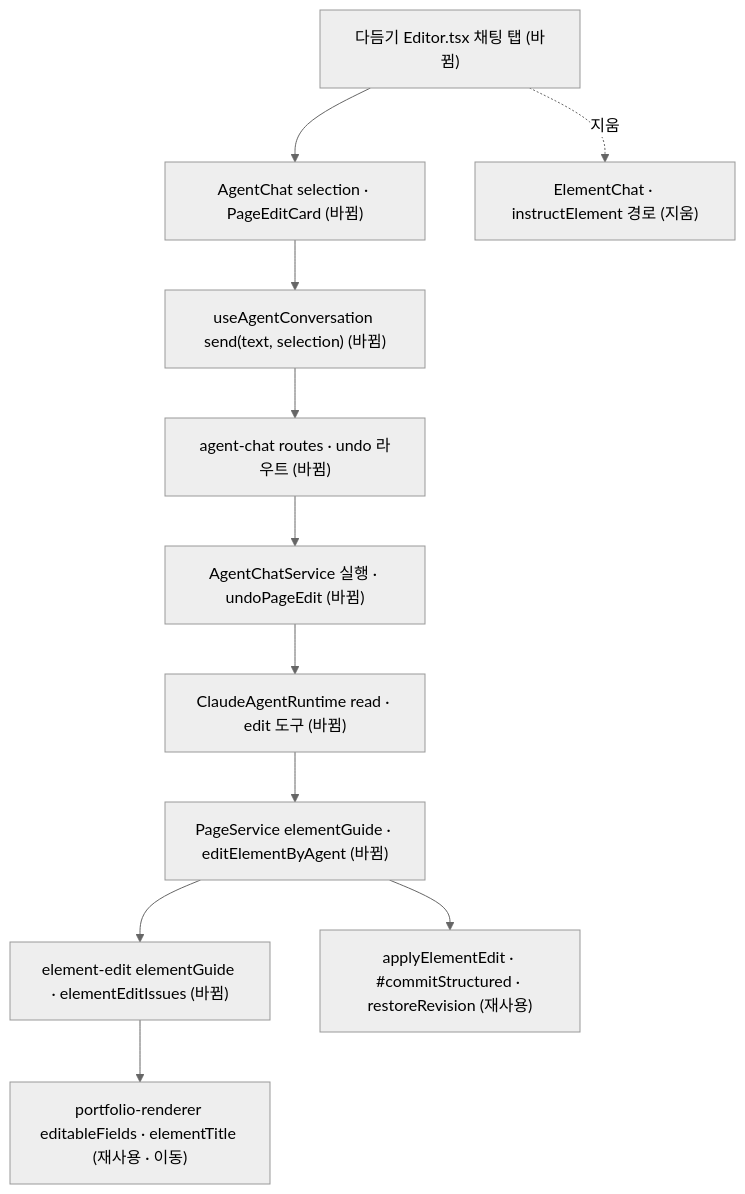
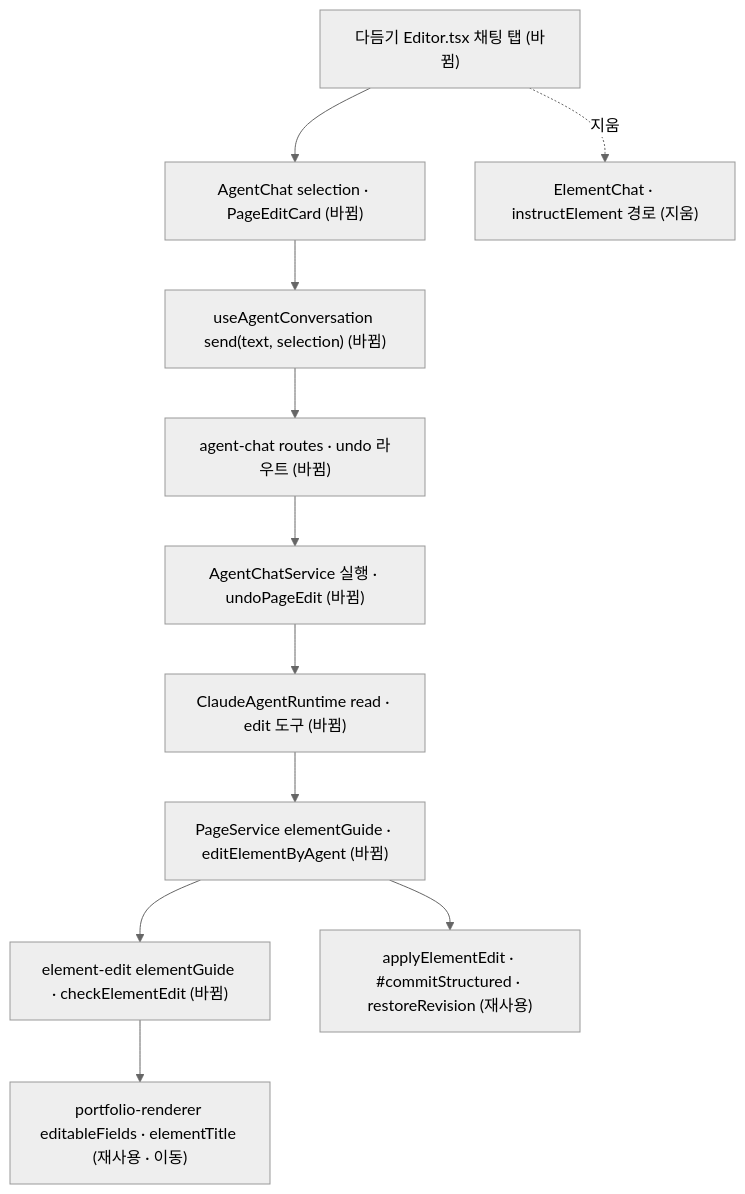
The diagram in .intent/spec_refine-agent-chat.md (Expresso-Organization/expresso), drawn with Mermaid (neutral theme) before and after one commit. The commit also changed other lines of this file and 36 other files, not shown here.

````diff
--- a/.intent/spec_refine-agent-chat.md
+++ b/.intent/spec_refine-agent-chat.md
@@ -34,13 +34,13 @@
 ```mermaid
 flowchart TD
   ED["다듬기 Editor.tsx 채팅 탭 (바뀜)"] --> AC["AgentChat selection · PageEditCard (바뀜)"]
   AC --> HK["useAgentConversation send(text, selection) (바뀜)"]
   HK --> RT["agent-chat routes · undo 라우트 (바뀜)"]
   RT --> SV["AgentChatService 실행 · undoPageEdit (바뀜)"]
   SV --> RN["ClaudeAgentRuntime read · edit 도구 (바뀜)"]
   RN --> PS["PageService elementGuide · editElementByAgent (바뀜)"]
-  PS --> EE["element-edit elementGuide · elementEditIssues (바뀜)"]
+  PS --> EE["element-edit elementGuide · checkElementEdit (바뀜)"]
   PS --> CM["applyElementEdit · #commitStructured · restoreRevision (재사용)"]
   EE --> PR["portfolio-renderer editableFields · elementTitle (재사용 · 이동)"]
   ED -. 지움 .-> OLD["ElementChat · instructElement 경로 (지움)"]
 ```
````
